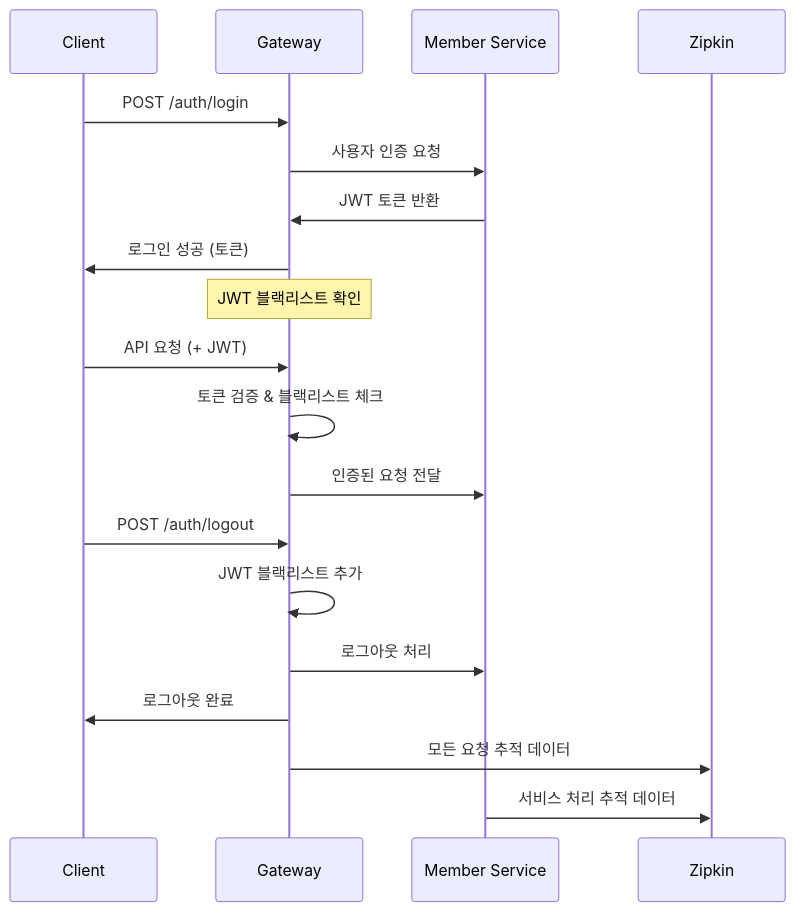
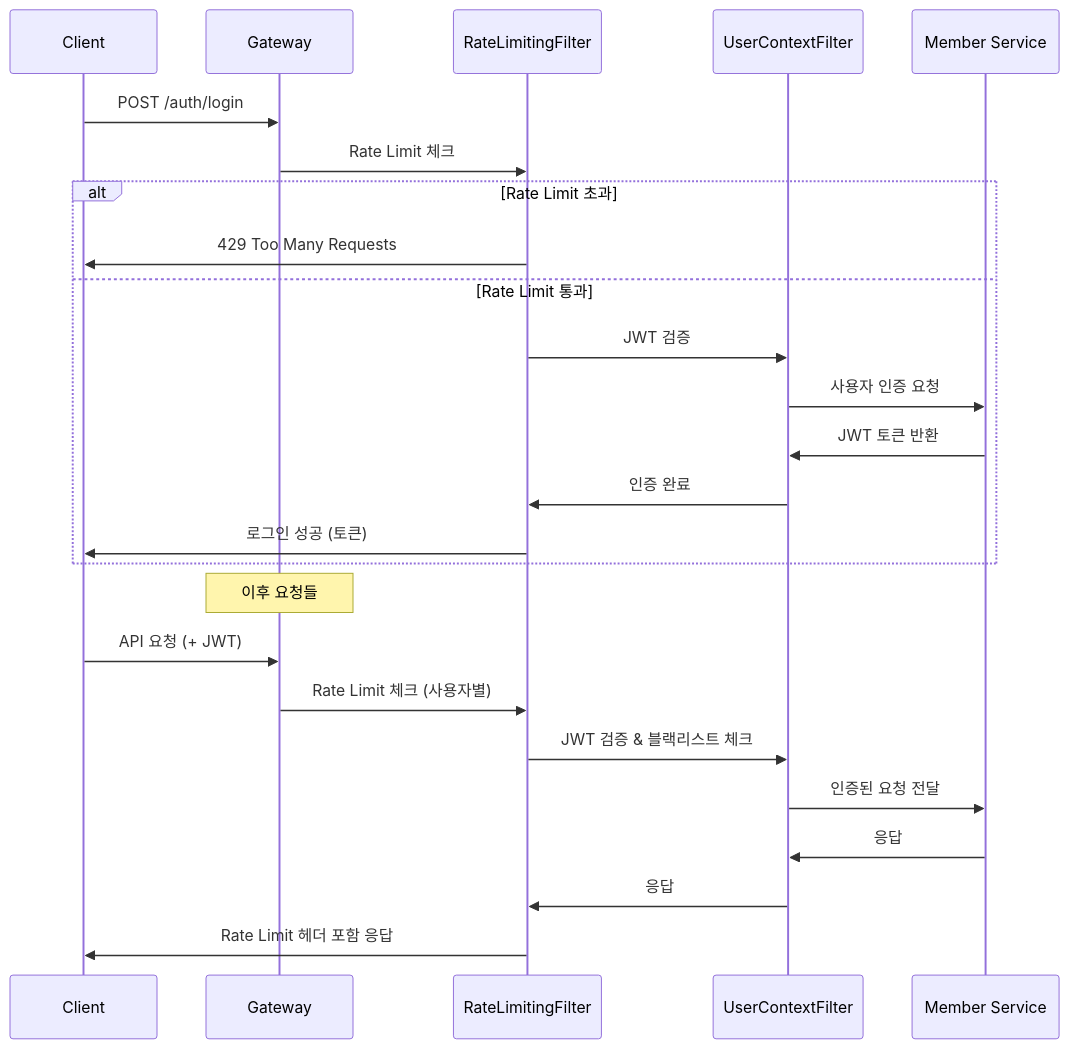
Before and after one commit to INNER-CIRCLE-ICD4/Project-3.-Commerce: the second of 2 diagrams in infra/gateway/README.md, drawn with Mermaid. The commit also changed other lines of this file and 4 other files, not shown here.

````diff
--- a/infra/gateway/README.md
+++ b/infra/gateway/README.md
@@ -65,25 +82,29 @@
 ```mermaid
 sequenceDiagram
     participant C as Client
     participant G as Gateway
+    participant RL as RateLimitingFilter
+    participant UF as UserContextFilter
     participant M as Member Service
-    participant Z as Zipkin
     
     C->>G: POST /auth/login
-    G->>M: 사용자 인증 요청
-    M->>G: JWT 토큰 반환
-    G->>C: 로그인 성공 (토큰)
+    G->>RL: Rate Limit 체크
+    alt Rate Limit 초과
+        RL->>C: 429 Too Many Requests
+    else Rate Limit 통과
+        RL->>UF: JWT 검증
+        UF->>M: 사용자 인증 요청
+        M->>UF: JWT 토큰 반환
+        UF->>RL: 인증 완료
+        RL->>C: 로그인 성공 (토큰)
+    end
     
-    Note over G: JWT 블랙리스트 확인
+    Note over G: 이후 요청들
     C->>G: API 요청 (+ JWT)
-    G->>G: 토큰 검증 & 블랙리스트 체크
-    G->>M: 인증된 요청 전달
-    
-    C->>G: POST /auth/logout
-    G->>G: JWT 블랙리스트 추가
-    G->>M: 로그아웃 처리
-    G->>C: 로그아웃 완료
-    
-    G->>Z: 모든 요청 추적 데이터
-    M->>Z: 서비스 처리 추적 데이터
+    G->>RL: Rate Limit 체크 (사용자별)
+    RL->>UF: JWT 검증 & 블랙리스트 체크
+    UF->>M: 인증된 요청 전달
+    M->>UF: 응답
+    UF->>RL: 응답
+    RL->>C: Rate Limit 헤더 포함 응답
 ```
````
